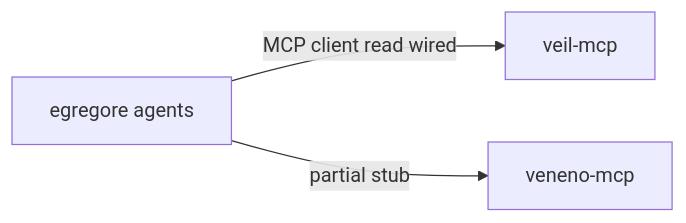
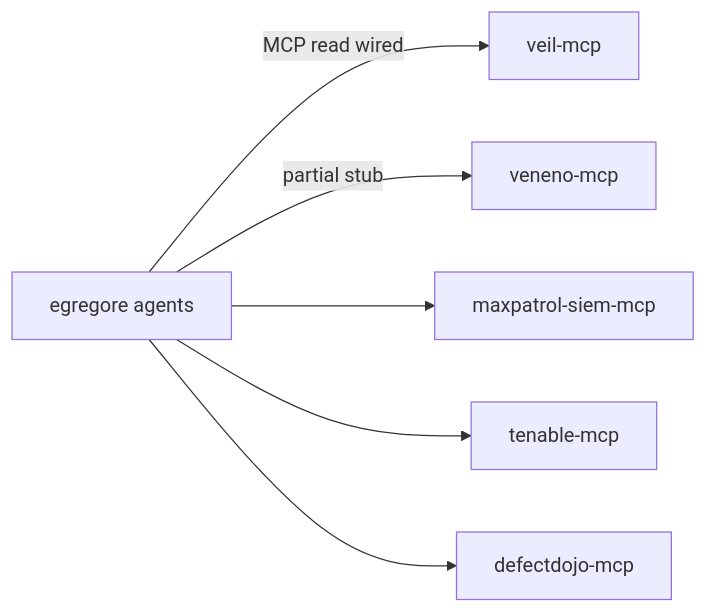
Before and after one commit to butbeautifulv/cxado: the fourth of 4 diagrams in docs/ecosystem-map.md, drawn with Mermaid. The commit also changed other lines of this file and 249 other files, not shown here.

````diff
--- a/docs/ecosystem-map.md
+++ b/docs/ecosystem-map.md
@@ -194,5 +166,8 @@
 ```mermaid
 flowchart LR
-  AGI[egregore agents] -->|MCP client read wired| MCP[veil-mcp]
+  AGI[egregore agents] -->|MCP read wired| MCP[veil-mcp]
   AGI -->|partial stub| VEN[veneno-mcp]
+  AGI --> SIEM[maxpatrol-siem-mcp]
+  AGI --> TENABLE[tenable-mcp]
+  AGI --> DD[defectdojo-mcp]
 ```
````
